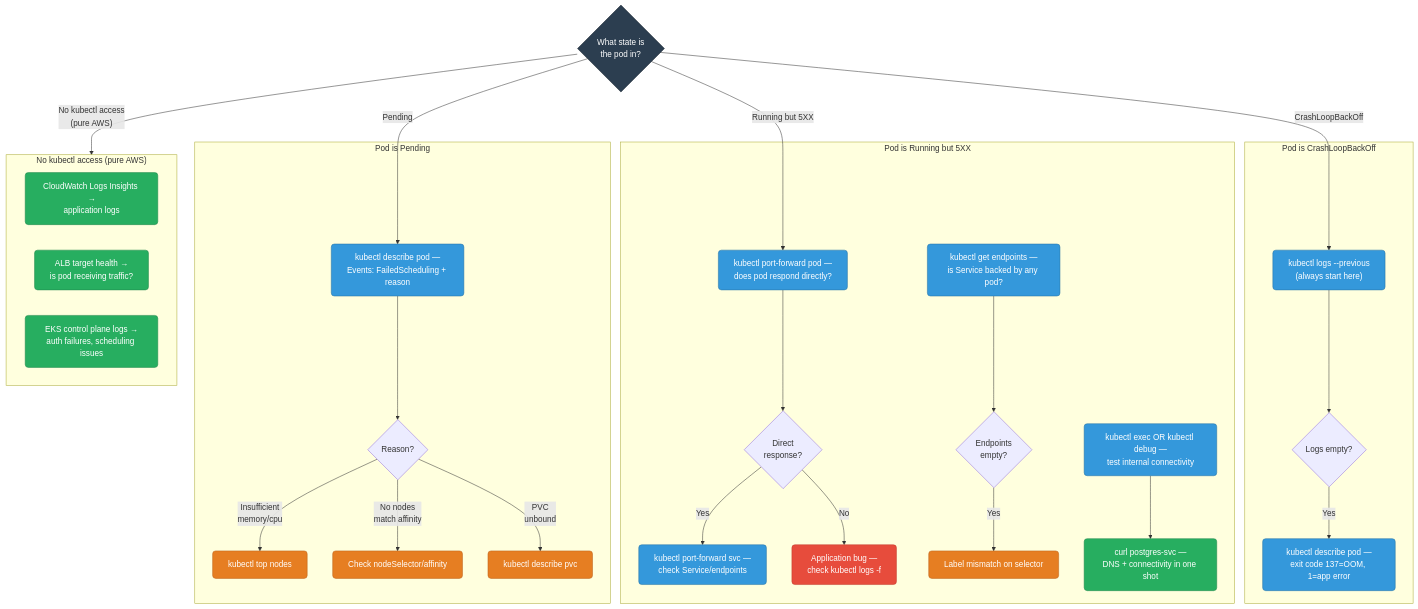
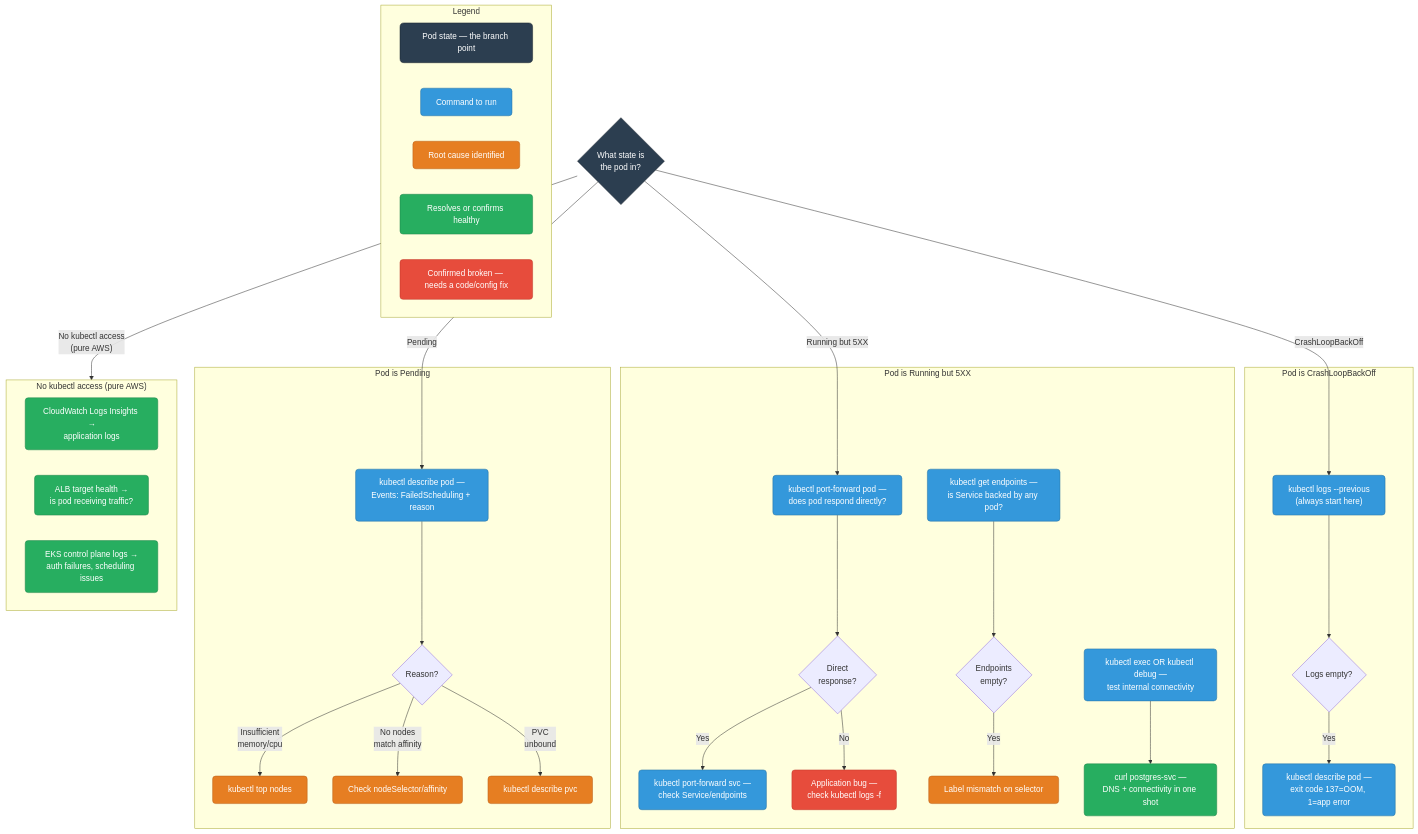
Before and after one commit to deepanshu-rawat6/DevOpsIndex: the fourth of 4 diagrams in sre/k8s-debugging.md, drawn with Mermaid. The commit also changed other lines of this file and 7 other files, not shown here.

````diff
--- a/sre/k8s-debugging.md
+++ b/sre/k8s-debugging.md
@@ -841,45 +922,53 @@
 ```mermaid
 flowchart TD
     classDef state fill:#2c3e50,stroke:#1a252f,color:#fff,rx:8
     classDef cmd fill:#3498db,stroke:#2471a3,color:#fff,rx:6
     classDef cause fill:#e67e22,stroke:#ba6018,color:#fff,rx:6
     classDef fix fill:#27ae60,stroke:#1e8449,color:#fff,rx:6
     classDef bad fill:#e74c3c,stroke:#c0392b,color:#fff,rx:6
 
     START{"What state is<br/>the pod in?"}:::state
 
     START -->|CrashLoopBackOff| CRASH1
 
     subgraph CRASHLOOP["Pod is CrashLoopBackOff"]
         CRASH1["kubectl logs --previous<br/>(always start here)"]:::cmd --> CRASH_EMPTY{"Logs empty?"}
         CRASH_EMPTY -->|Yes| CRASH_DESC["kubectl describe pod —<br/>exit code 137=OOM, 1=app error"]:::cmd
     end
 
     START -->|"Running but 5XX"| RUN1
 
     subgraph RUNNING5XX["Pod is Running but 5XX"]
         RUN1["kubectl port-forward pod —<br/>does pod respond directly?"]:::cmd --> RUN_DIRECT{"Direct<br/>response?"}
         RUN_DIRECT -->|Yes| RUN_SVC["kubectl port-forward svc —<br/>check Service/endpoints"]:::cmd
         RUN_DIRECT -->|No| RUN_APP["Application bug —<br/>check kubectl logs -f"]:::bad
         RUN2["kubectl get endpoints —<br/>is Service backed by any pod?"]:::cmd --> RUN_EMPTY{"Endpoints<br/>empty?"}
         RUN_EMPTY -->|Yes| RUN_LABEL["Label mismatch on selector"]:::cause
         RUN3["kubectl exec OR kubectl debug —<br/>test internal connectivity"]:::cmd --> RUN_CURL["curl postgres-svc —<br/>DNS + connectivity in one shot"]:::fix
     end
 
     START -->|Pending| PEND1
 
     subgraph PENDING_G["Pod is Pending"]
         PEND1["kubectl describe pod —<br/>Events: FailedScheduling + reason"]:::cmd --> PEND_CAUSE{"Reason?"}
         PEND_CAUSE -->|"Insufficient<br/>memory/cpu"| PEND_TOP["kubectl top nodes"]:::cause
         PEND_CAUSE -->|"No nodes<br/>match affinity"| PEND_AFFINITY["Check nodeSelector/affinity"]:::cause
         PEND_CAUSE -->|"PVC<br/>unbound"| PEND_PVC["kubectl describe pvc"]:::cause
     end
 
     START -->|"No kubectl access<br/>(pure AWS)"| AWS_G
 
     subgraph AWS_G["No kubectl access (pure AWS)"]
         AWS1["CloudWatch Logs Insights →<br/>application logs"]:::fix
         AWS2["ALB target health →<br/>is pod receiving traffic?"]:::fix
         AWS3["EKS control plane logs →<br/>auth failures, scheduling issues"]:::fix
     end
+
+    subgraph LEGEND["Legend"]
+        LG_STATE["Pod state — the branch point"]:::state
+        LG_CMD["Command to run"]:::cmd
+        LG_CAUSE["Root cause identified"]:::cause
+        LG_FIX["Resolves or confirms healthy"]:::fix
+        LG_BAD["Confirmed broken — needs a code/config fix"]:::bad
+    end
 ```
````
